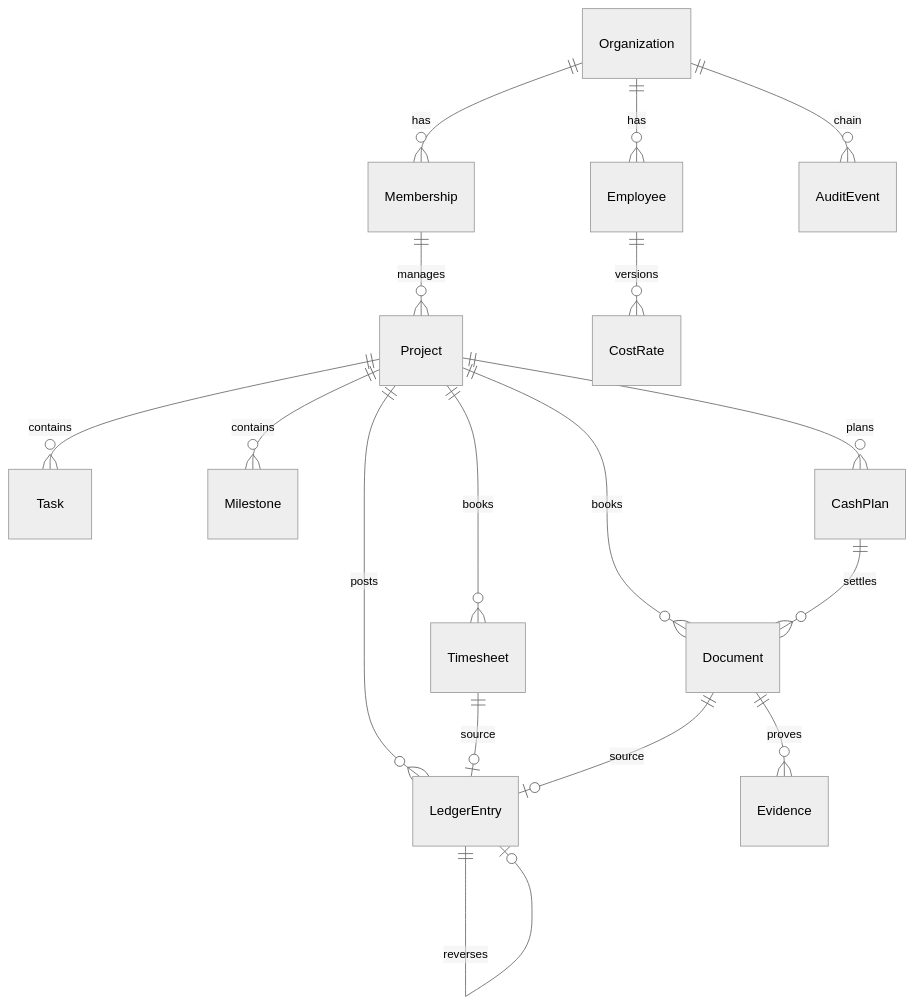
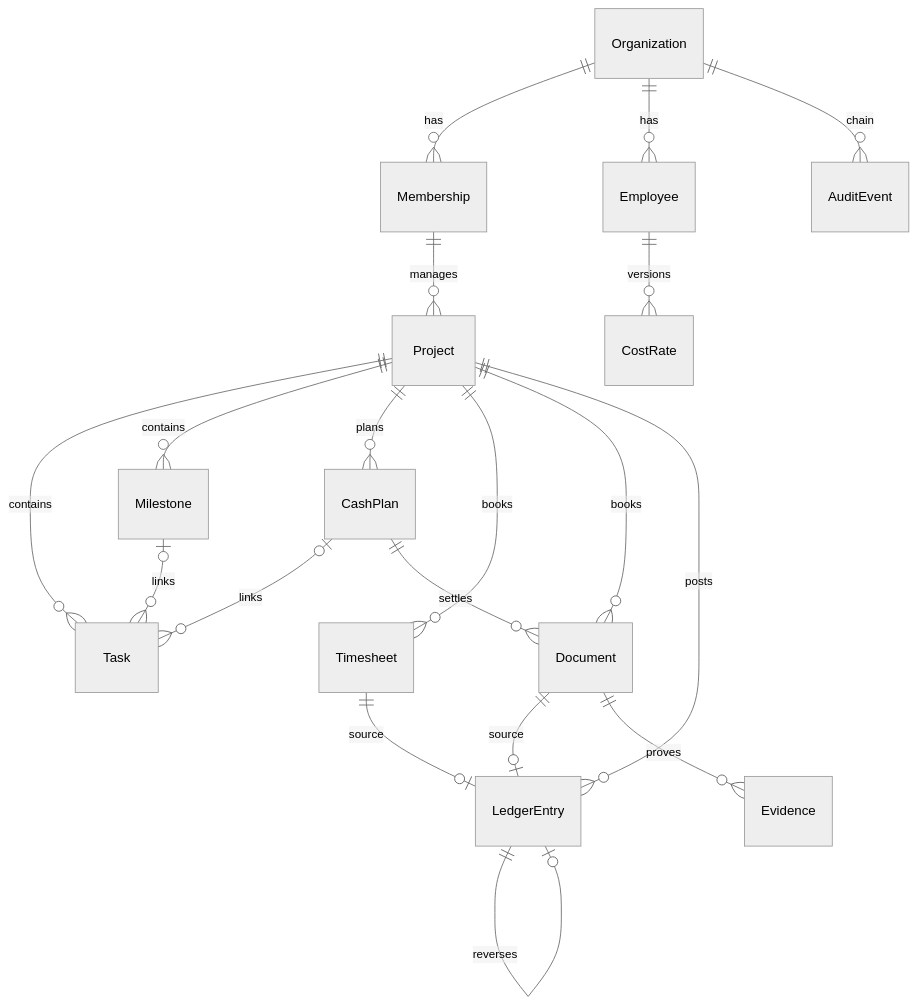
One commit to lakii2982/project-hub changed the first of 4 diagrams in docs/architecture.md. Above: the diagram before and after it, drawn with Mermaid (neutral theme). The commit also changed other lines of this file and 10 other files, not shown here.

````diff
--- a/docs/architecture.md
+++ b/docs/architecture.md
@@ -61,19 +61,21 @@
 ```mermaid
 erDiagram
     Organization ||--o{ Membership : has
     Organization ||--o{ Employee : has
     Membership ||--o{ Project : manages
     Employee ||--o{ CostRate : versions
     Project ||--o{ Task : contains
     Project ||--o{ Milestone : contains
+    Milestone o|--o{ Task : links
+    CashPlan o|--o{ Task : links
     Project ||--o{ CashPlan : plans
     Project ||--o{ Timesheet : books
     Project ||--o{ Document : books
     Project ||--o{ LedgerEntry : posts
     CashPlan ||--o{ Document : settles
     Timesheet ||--o| LedgerEntry : source
     Document ||--o| LedgerEntry : source
     LedgerEntry ||--o| LedgerEntry : reverses
     Document ||--o{ Evidence : proves
     Organization ||--o{ AuditEvent : chain
 ```
````
